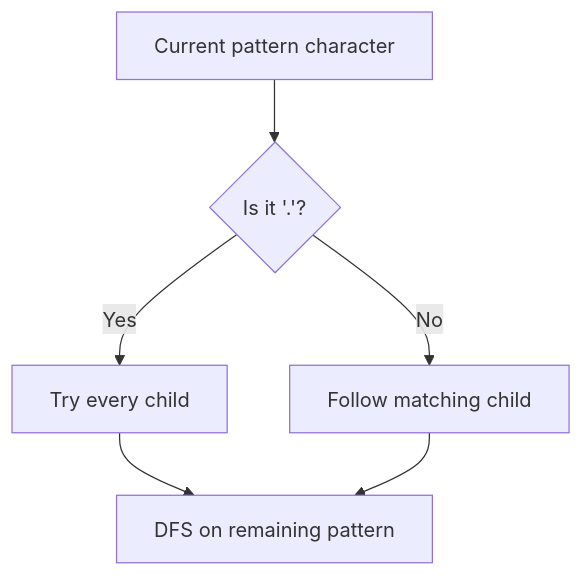
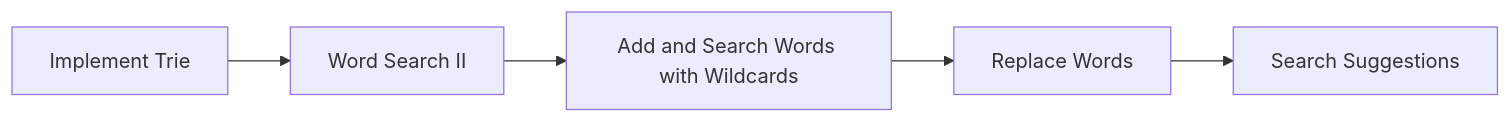
One commit to 9999dude/omega changed the fifth of 16 diagrams in docs/datastructures/trie.md. Above: the diagram before and after it, drawn with Mermaid. The commit also changed other lines of this file and 58 other files, not shown here.

````diff
--- a/docs/datastructures/trie.md
+++ b/docs/datastructures/trie.md
@@ -823,8 +138,8 @@
 ```mermaid
-flowchart TD
-    A["Current pattern character"] --> B{"Is it '.'?"}
-    B -- No --> C["Follow matching child"]
-    B -- Yes --> D["Try every child"]
-    D --> E["DFS on remaining pattern"]
-    C --> E
+flowchart LR
+    Q0["Implement Trie"]
+    Q0 --> Q1["Word Search II"]
+    Q1 --> Q2["Add and Search Words with Wildcards"]
+    Q2 --> Q3["Replace Words"]
+    Q3 --> Q4["Search Suggestions"]
 ```
````
